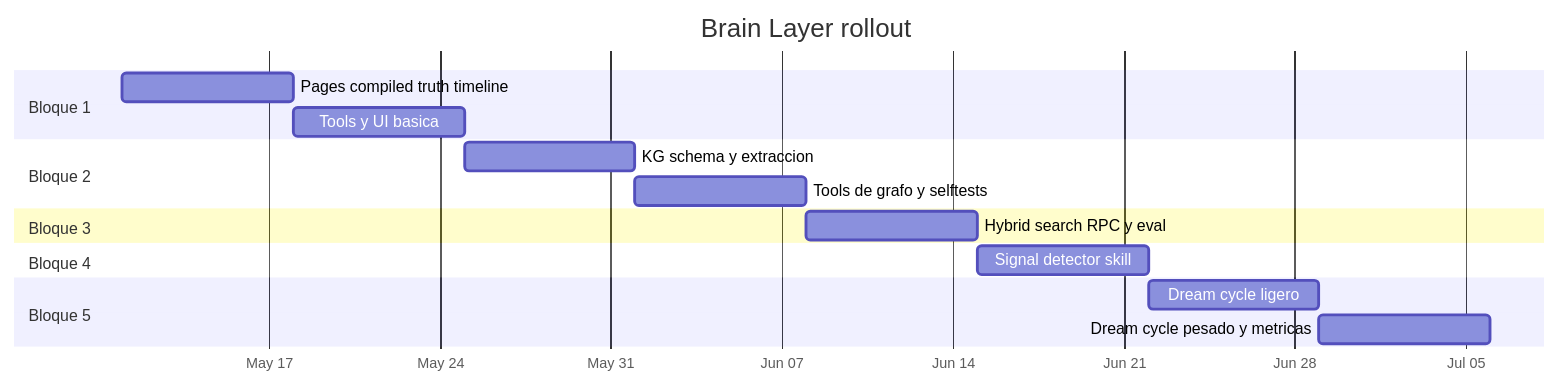
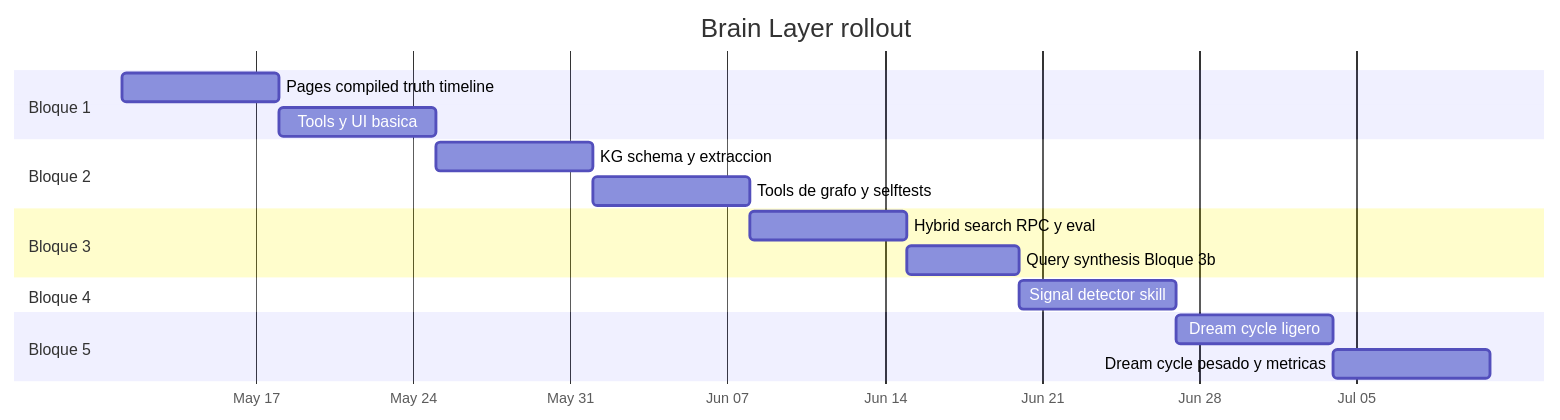
The sixth of 7 diagrams in docs/brain/gbrain-evaluation-and-plan.md (janotowers/10x-builders-agent), drawn with Mermaid before and after one commit. The commit also changed other lines of this file and 4 other files, not shown here.

````diff
--- a/docs/brain/gbrain-evaluation-and-plan.md
+++ b/docs/brain/gbrain-evaluation-and-plan.md
@@ -1469,24 +1894,25 @@
 ```mermaid
 gantt
   title Brain Layer rollout
   dateFormat YYYY-MM-DD
   axisFormat %b %d
 
   section Bloque 1
   Pages compiled truth timeline    :b1a, 2026-05-11, 7d
   Tools y UI basica                :b1b, after b1a, 7d
 
   section Bloque 2
   KG schema y extraccion           :b2a, after b1b, 7d
   Tools de grafo y selftests       :b2b, after b2a, 7d
 
   section Bloque 3
   Hybrid search RPC y eval         :b3, after b2b, 7d
+  Query synthesis Bloque 3b        :b3b, after b3, 5d
 
   section Bloque 4
-  Signal detector skill            :b4, after b3, 7d
+  Signal detector skill            :b4, after b3b, 7d
 
   section Bloque 5
   Dream cycle ligero               :b5a, after b4, 7d
   Dream cycle pesado y metricas    :b5b, after b5a, 7d
 ```
````
